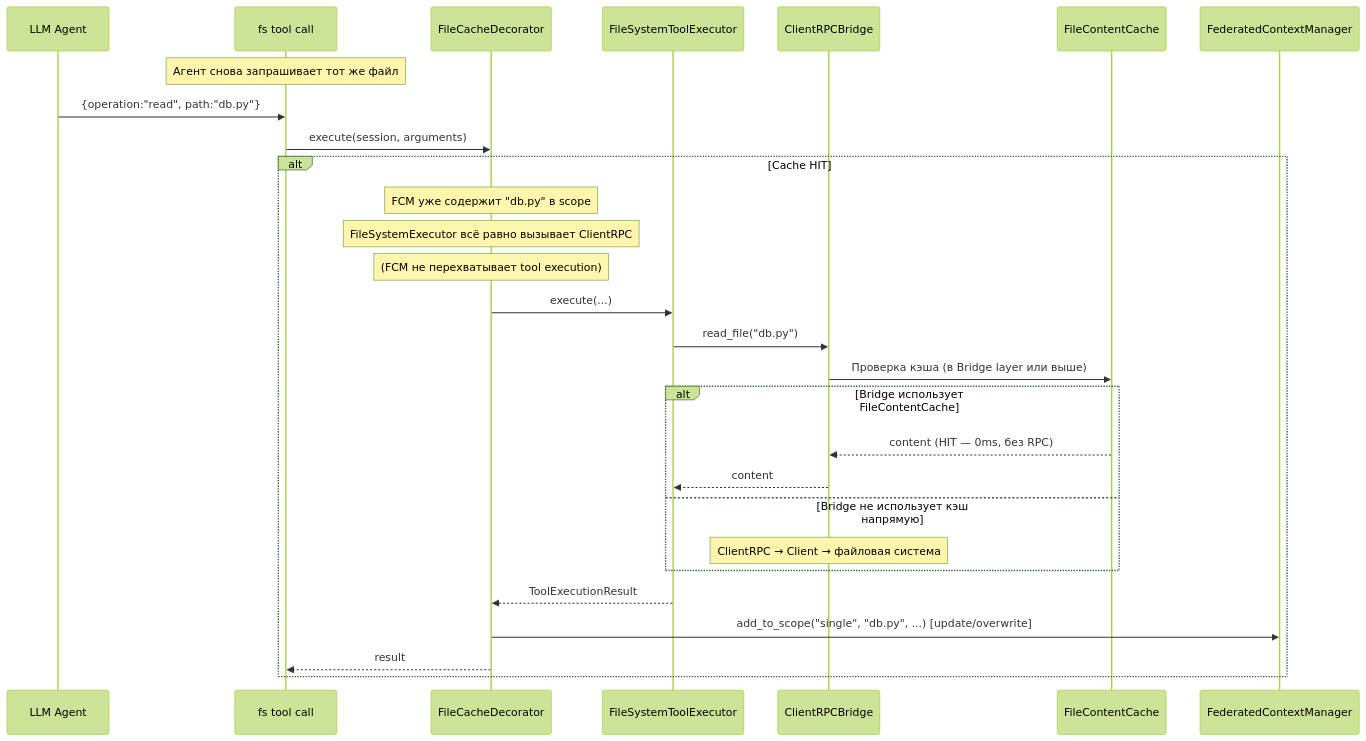
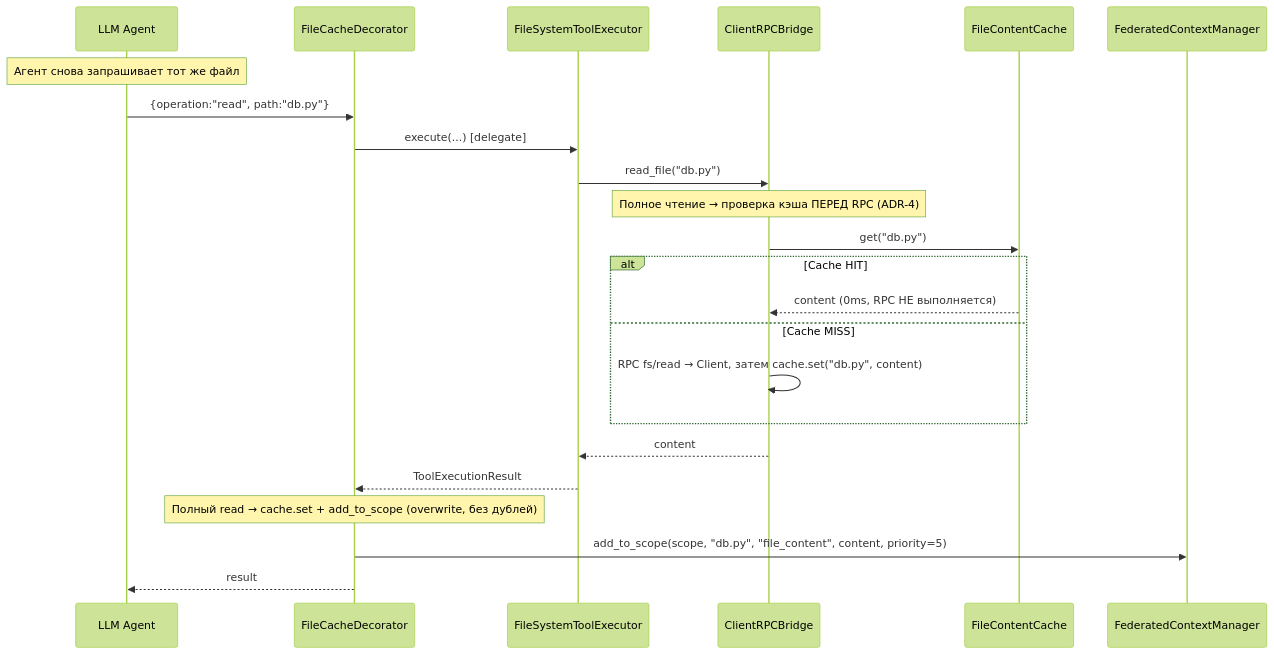
Before and after one commit to pese-git/codelab-agent: the fifth of 21 diagrams in doc/internals/architecture/fcm/AGENT_LOOP_INTEGRATION.md, drawn with Mermaid (forest theme). The commit also changed other lines of this file and 7 other files, not shown here.

````diff
--- a/doc/internals/architecture/fcm/AGENT_LOOP_INTEGRATION.md
+++ b/doc/internals/architecture/fcm/AGENT_LOOP_INTEGRATION.md
@@ -429,34 +436,28 @@
 ```mermaid
 sequenceDiagram
     participant Agent as LLM Agent
-    participant Tool as fs tool call
     participant Dec as FileCacheDecorator
     participant FSExec as FileSystemToolExecutor
     participant Bridge as ClientRPCBridge
     participant Cache as FileContentCache
     participant FCM as FederatedContextManager
 
-    Note over Tool: Агент снова запрашивает тот же файл
-    Agent->>Tool: {operation:"read", path:"db.py"}
-    Tool->>Dec: execute(session, arguments)
-    
+    Note over Agent: Агент снова запрашивает тот же файл
+    Agent->>Dec: {operation:"read", path:"db.py"}
+    Dec->>FSExec: execute(...) [delegate]
+    FSExec->>Bridge: read_file("db.py")
+
+    Note over Bridge: Полное чтение → проверка кэша ПЕРЕД RPC (ADR-4)
+    Bridge->>Cache: get("db.py")
     alt Cache HIT
-        Note over Dec: FCM уже содержит "db.py" в scope
-        Note over Dec: FileSystemExecutor всё равно вызывает ClientRPC
-        Note over Dec: (FCM не перехватывает tool execution)
-        Dec->>FSExec: execute(...)
-        FSExec->>Bridge: read_file("db.py")
-        Bridge->>Cache: Проверка кэша (в Bridge layer или выше)
-        
-        alt Bridge использует FileContentCache
-            Cache-->>Bridge: content (HIT — 0ms, без RPC)
-            Bridge-->>FSExec: content
-        else Bridge не использует кэш напрямую
-            Note over Bridge: ClientRPC → Client → файловая система
-        end
-        
-        FSExec-->>Dec: ToolExecutionResult
-        Dec->>FCM: add_to_scope("single", "db.py", ...) [update/overwrite]
-        Dec-->>Tool: result
+        Cache-->>Bridge: content (0ms, RPC НЕ выполняется)
+    else Cache MISS
+        Bridge->>Bridge: RPC fs/read → Client, затем cache.set("db.py", content)
     end
+    Bridge-->>FSExec: content
+    FSExec-->>Dec: ToolExecutionResult
+
+    Note over Dec: Полный read → cache.set + add_to_scope (overwrite, без дублей)
+    Dec->>FCM: add_to_scope(scope, "db.py", "file_content", content, priority=5)
+    Dec-->>Agent: result
 ```
````
